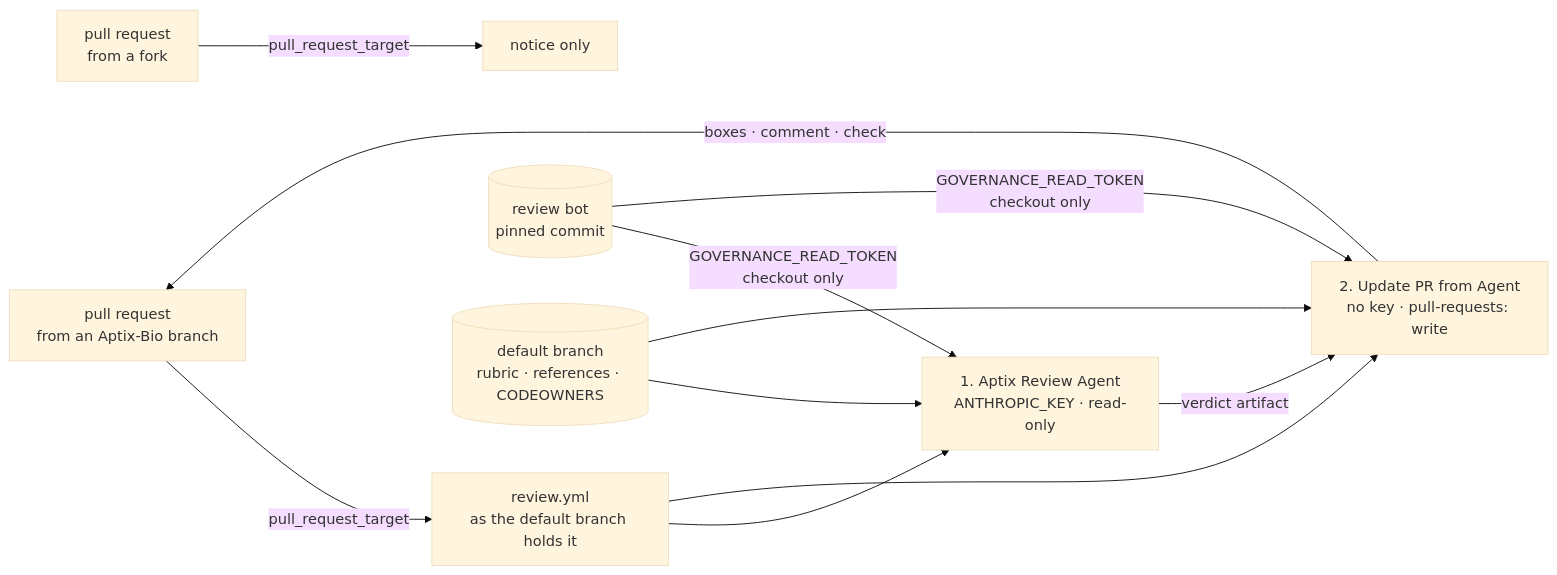
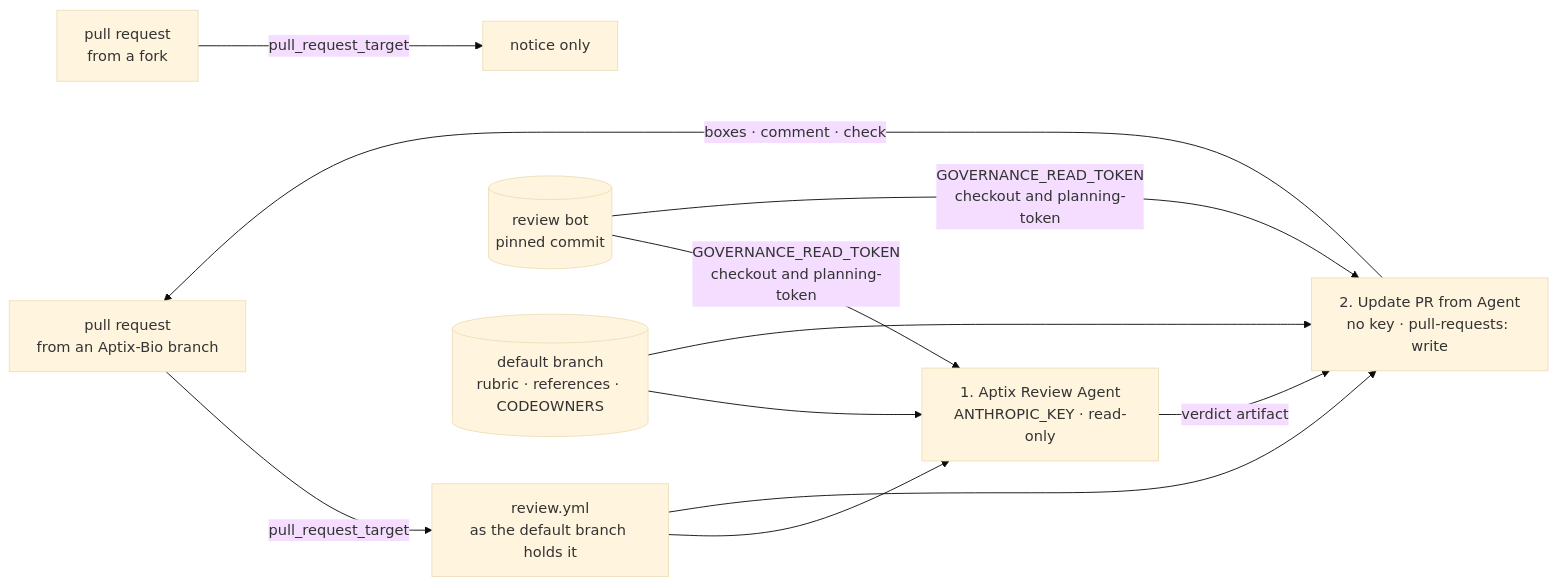
Before and after one commit to Aptix-Bio/Iris-Slide: the second of 2 diagrams in development/PIPELINE.md, drawn with Mermaid (base theme). The commit also changed 1 other file, not shown here.

Commit message:
DevelopmentSplit_21: rule 10's flowchart and CONTRIBUTING.md match the code they describe
The review of a4d640a found the rule 10 flowchart still labelling the review token's edges
"checkout only", which review.yml no longer matches since it also passes the token as
planning-token. CONTRIBUTING.md now names D13's amendment to D1 (a phantom reads blocks through
IFE's generated readers) and marks the two rules whose code is still planned (Bindings_02,
Dicom_02), so the file states facts of this codebase.

````diff
--- a/development/PIPELINE.md
+++ b/development/PIPELINE.md
@@ -144,13 +144,13 @@
     ```mermaid
     flowchart LR
         PR["pull request<br/>from an Aptix-Bio branch"] -->|pull_request_target| W["review.yml<br/>as the default branch holds it"]
         F["pull request<br/>from a fork"] -->|pull_request_target| N["notice only"]
         W --> R["1. Aptix Review Agent<br/>ANTHROPIC_KEY · read-only"]
         W --> C["2. Update PR from Agent<br/>no key · pull-requests: write"]
-        G[("review bot<br/>pinned commit")] -->|"GOVERNANCE_READ_TOKEN<br/>checkout only"| R
-        G -->|"GOVERNANCE_READ_TOKEN<br/>checkout only"| C
+        G[("review bot<br/>pinned commit")] -->|"GOVERNANCE_READ_TOKEN<br/>checkout and planning-token"| R
+        G -->|"GOVERNANCE_READ_TOKEN<br/>checkout and planning-token"| C
         D[("default branch<br/>rubric · references · CODEOWNERS")] --> R
         D --> C
         R -->|"verdict artifact"| C
         C -->|"boxes · comment · check"| PR
     ```
````
